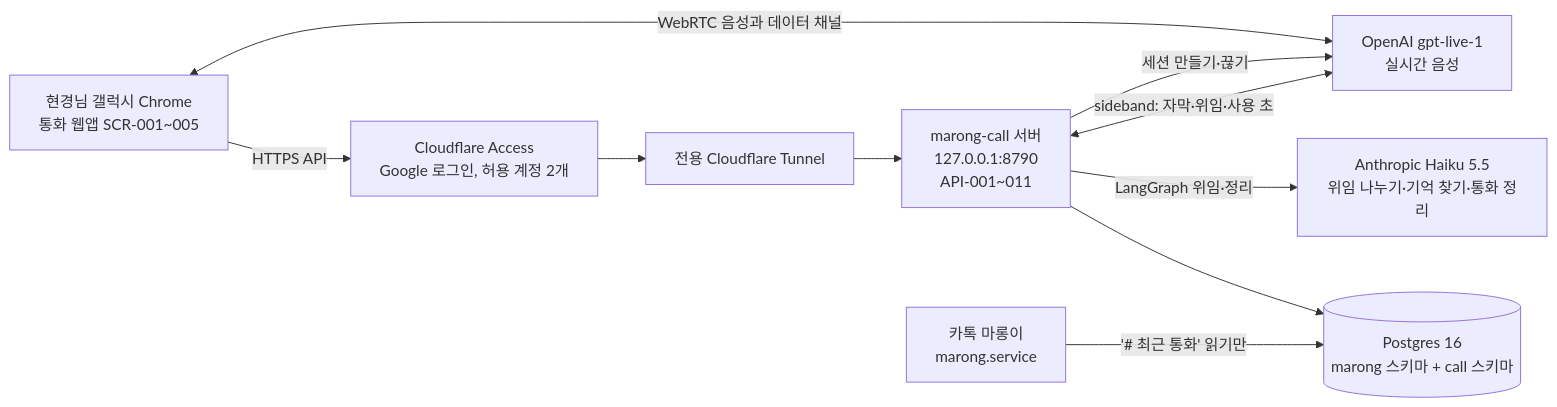
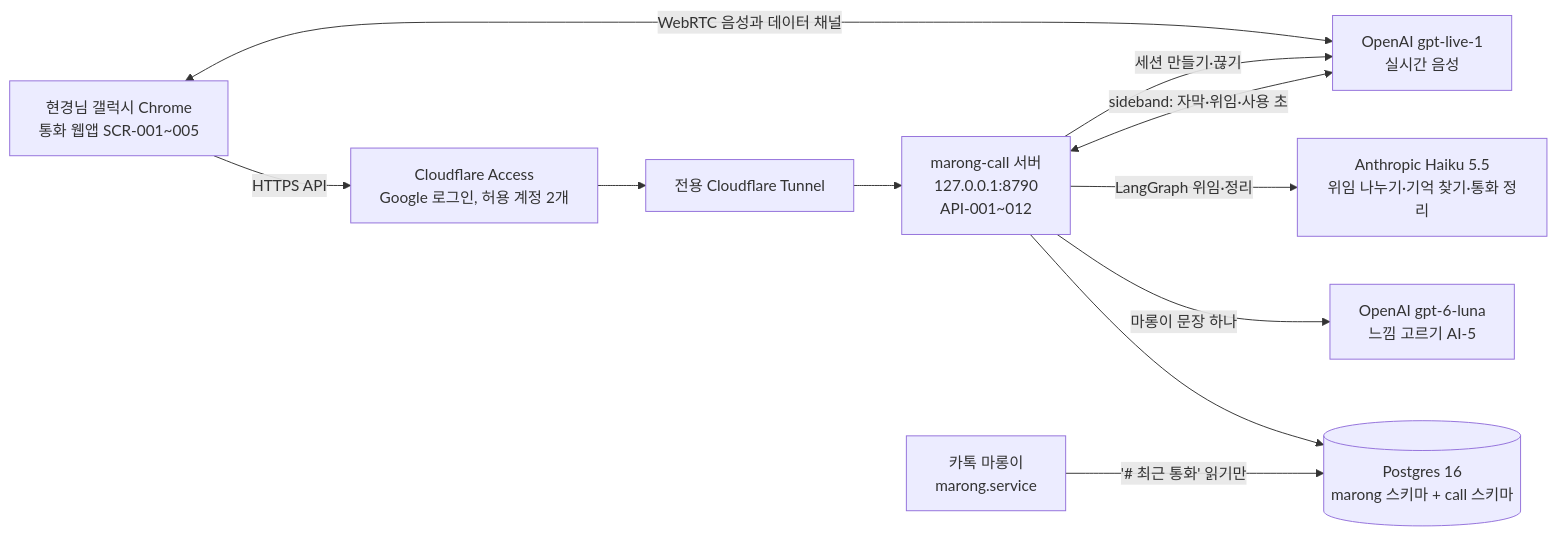
Before and after one commit to kodonghui/marong2: the first of 3 diagrams in docs/call-design.md, drawn with Mermaid. The commit also changed other lines of this file and 35 other files, not shown here.

````diff
--- a/docs/call-design.md
+++ b/docs/call-design.md
@@ -11,18 +12,20 @@
 ```mermaid
 flowchart LR
   phone["현경님 갤럭시 Chrome<br>통화 웹앱 SCR-001~005"]
   access["Cloudflare Access<br>Google 로그인, 허용 계정 2개"]
   tunnel["전용 Cloudflare Tunnel"]
-  callsrv["marong-call 서버<br>127.0.0.1:8790<br>API-001~011"]
+  callsrv["marong-call 서버<br>127.0.0.1:8790<br>API-001~012"]
   openai["OpenAI gpt-live-1<br>실시간 음성"]
+  luna["OpenAI gpt-6-luna<br>느낌 고르기 AI-5"]
   anth["Anthropic Haiku 5.5<br>위임 나누기·기억 찾기·통화 정리"]
   db[("Postgres 16<br>marong 스키마 + call 스키마")]
   kakao["카톡 마롱이<br>marong.service"]
   phone -->|"HTTPS API"| access --> tunnel --> callsrv
   phone <-->|"WebRTC 음성과 데이터 채널"| openai
   callsrv -->|"세션 만들기·끊기"| openai
   callsrv <-->|"sideband: 자막·위임·사용 초"| openai
   callsrv -->|"LangGraph 위임·정리"| anth
+  callsrv -->|"마롱이 문장 하나"| luna
   callsrv --> db
   kakao -->|"'# 최근 통화' 읽기만"| db
 ```
````
